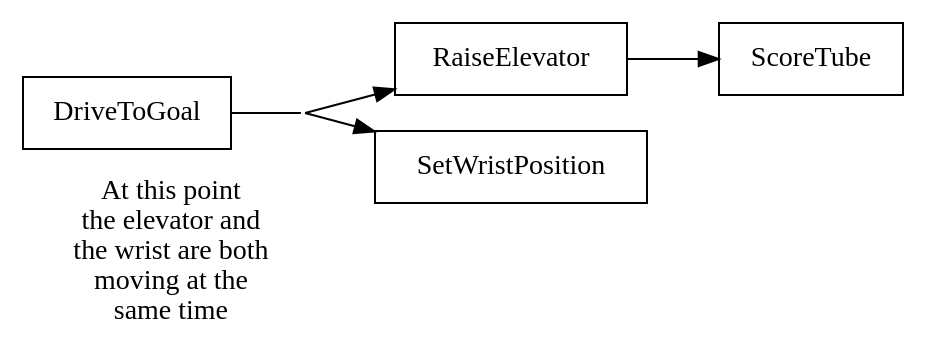
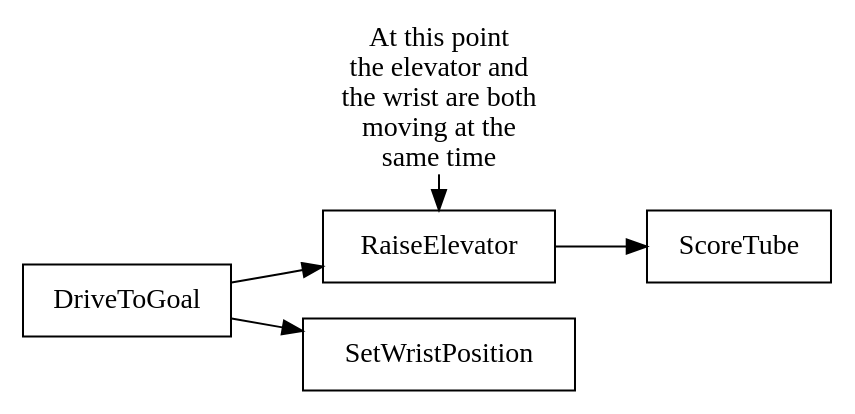
One commit to wpilibsuite/frc-docs changed the diagram in source/docs/software/commandbased/command-groups.rst. Above: the diagram before and after it, drawn with Graphviz.

Commit message:
Aligns the label with the RaiseElevator/SetWristPosition rank
This is how it was previously

```diff
--- a/source/docs/software/commandbased/command-groups.rst
+++ b/source/docs/software/commandbased/command-groups.rst
@@ -116,15 +116,16 @@
 .. graphviz::
    :align: center
    :caption: Command Group with Concurrency
 
     digraph {
-        bgcolor = "#FFFFFF00"
-        rankdir = LR
+        bgcolor="#FFFFFF00"
+        rankdir=LR
         node [shape=box]
 
+        label [shape=plain, label="At this point\n the elevator and \nthe wrist are both\nmoving at the\n same time"]
         Invisible [shape=point, style=invis, width=0]
-        DriveToGoal -> Invisible [dir=none,
-        headlabel="\n\nAt this point\n the elevator and \nthe wrist are both\nmoving at the\n same time"]
-        Invisible -> RaiseElevator, SetWristPosition
+        Invisible -> label [dir=none, style=invis]
+        DriveToGoal -> RaiseElevator, SetWristPosition
         RaiseElevator -> ScoreTube
+        label -> RaiseElevator [constraint=false]
     }
```
